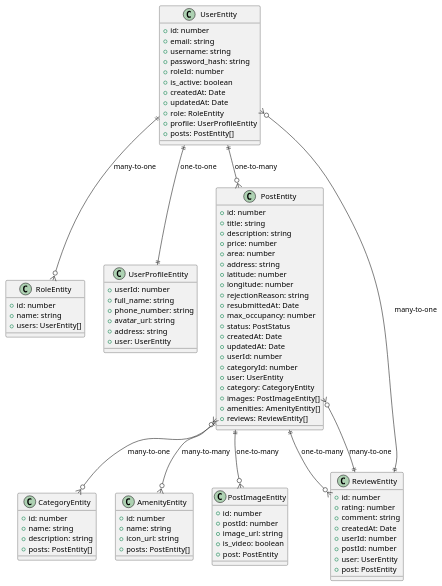
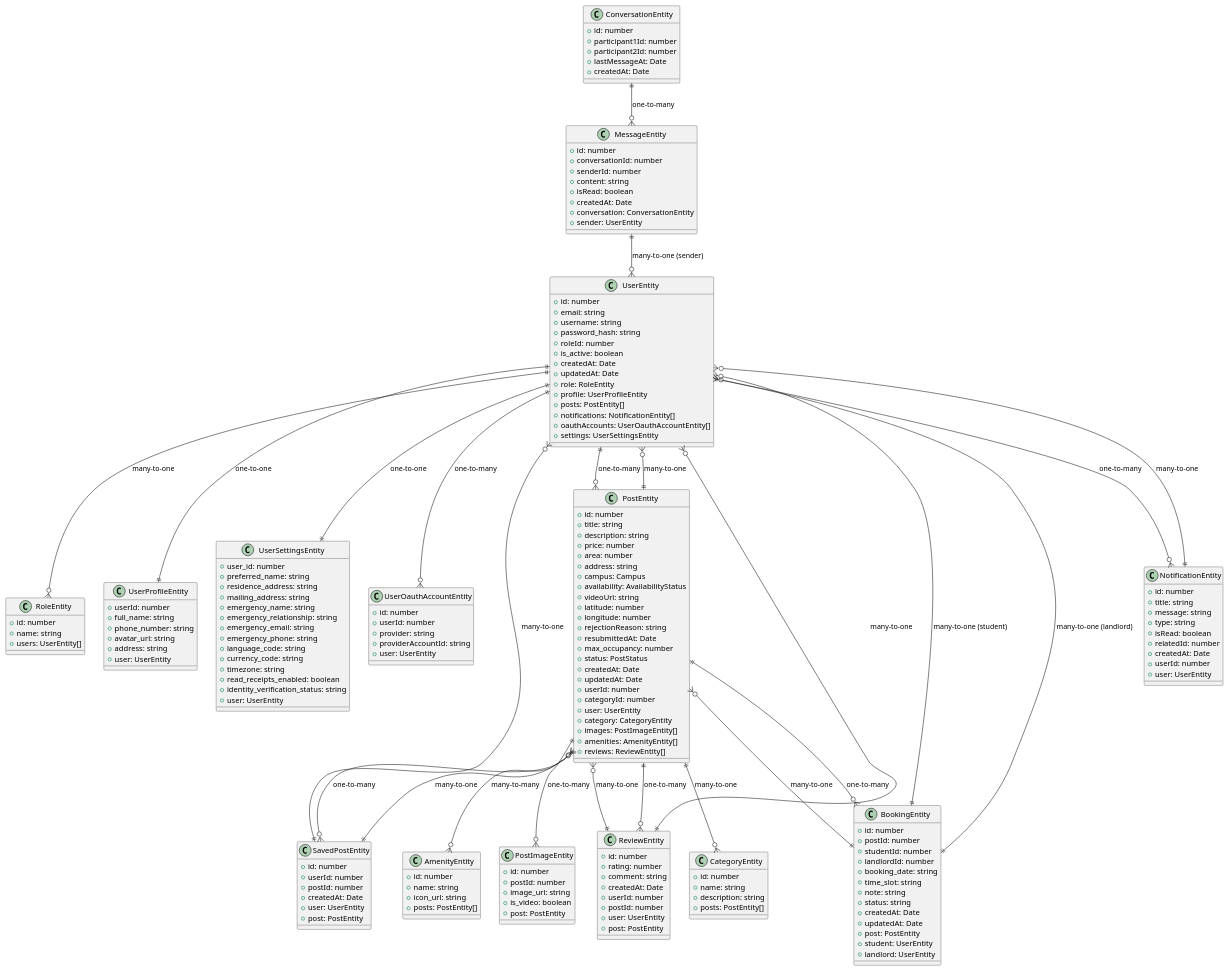
One commit to YueTruong/VLURentingProject changed the diagram in class-diagram.puml. Above: the diagram before and after it, drawn with PlantUML. The commit also changed other lines of this file and 17 other files, not shown here.

```diff
--- a/class-diagram.puml
+++ b/class-diagram.puml
@@ -1,4 +1,6 @@
-@startuml Class Diagram
+@startuml Class Diagram (All Entities)
+
+' ======================== USER & AUTH ENTITIES ========================
 
 class UserEntity {
   +id: number
@@ -12,6 +14,9 @@
   +role: RoleEntity
   +profile: UserProfileEntity
   +posts: PostEntity[]
+  +notifications: NotificationEntity[]
+  +oauthAccounts: UserOauthAccountEntity[]
+  +settings: UserSettingsEntity
 }
 
 class RoleEntity {
@@ -29,6 +34,33 @@
   +user: UserEntity
 }
 
+class UserSettingsEntity {
+  +user_id: number
+  +preferred_name: string
+  +residence_address: string
+  +mailing_address: string
+  +emergency_name: string
+  +emergency_relationship: string
+  +emergency_email: string
+  +emergency_phone: string
+  +language_code: string
+  +currency_code: string
+  +timezone: string
+  +read_receipts_enabled: boolean
+  +identity_verification_status: string
+  +user: UserEntity
+}
+
+class UserOauthAccountEntity {
+  +id: number
+  +userId: number
+  +provider: string
+  +providerAccountId: string
+  +user: UserEntity
+}
+
+' ======================== POST ENTITIES ========================
+
 class PostEntity {
   +id: number
   +title: string
@@ -36,6 +68,9 @@
   +price: number
   +area: number
   +address: string
+  +campus: Campus
+  +availability: AvailabilityStatus
+  +videoUrl: string
   +latitude: number
   +longitude: number
   +rejectionReason: string
@@ -86,14 +121,105 @@
   +post: PostEntity
 }
 
+class SavedPostEntity {
+  +id: number
+  +userId: number
+  +postId: number
+  +createdAt: Date
+  +user: UserEntity
+  +post: PostEntity
+}
+
+' ======================== BOOKING ENTITIES ========================
+
+class BookingEntity {
+  +id: number
+  +postId: number
+  +studentId: number
+  +landlordId: number
+  +booking_date: string
+  +time_slot: string
+  +note: string
+  +status: string
+  +createdAt: Date
+  +updatedAt: Date
+  +post: PostEntity
+  +student: UserEntity
+  +landlord: UserEntity
+}
+
+' ======================== NOTIFICATION ENTITIES ========================
+
+class NotificationEntity {
+  +id: number
+  +title: string
+  +message: string
+  +type: string
+  +isRead: boolean
+  +relatedId: number
+  +createdAt: Date
+  +userId: number
+  +user: UserEntity
+}
+
+' ======================== CHAT ENTITIES ========================
+
+class ConversationEntity {
+  +id: number
+  +participant1Id: number
+  +participant2Id: number
+  +lastMessageAt: Date
+  +createdAt: Date
+}
+
+class MessageEntity {
+  +id: number
+  +conversationId: number
+  +senderId: number
+  +content: string
+  +isRead: boolean
+  +createdAt: Date
+  +conversation: ConversationEntity
+  +sender: UserEntity
+}
+
+' ======================== RELATIONSHIPS ========================
+
+' User relationships
 UserEntity ||--o{ RoleEntity : "many-to-one"
 UserEntity ||--|| UserProfileEntity : "one-to-one"
 UserEntity ||--o{ PostEntity : "one-to-many"
+UserEntity ||--o{ NotificationEntity : "one-to-many"
+UserEntity ||--|| UserSettingsEntity : "one-to-one"
+UserEntity ||--o{ UserOauthAccountEntity : "one-to-many"
+
+' Post relationships
 PostEntity ||--o{ CategoryEntity : "many-to-one"
+PostEntity ||--o{ UserEntity : "many-to-one"
 PostEntity ||--o{ PostImageEntity : "one-to-many"
+PostEntity }o--o{ AmenityEntity : "many-to-many"
 PostEntity ||--o{ ReviewEntity : "one-to-many"
-PostEntity }o--o{ AmenityEntity : "many-to-many"
+PostEntity ||--o{ SavedPostEntity : "one-to-many"
+PostEntity ||--o{ BookingEntity : "one-to-many"
+
+' Review relationships
 ReviewEntity ||--o{ UserEntity : "many-to-one"
 ReviewEntity ||--o{ PostEntity : "many-to-one"
 
+' Booking relationships
+BookingEntity ||--o{ PostEntity : "many-to-one"
+BookingEntity ||--o{ UserEntity : "many-to-one (student)"
+BookingEntity ||--o{ UserEntity : "many-to-one (landlord)"
+
+' Saved post relationships
+SavedPostEntity ||--o{ UserEntity : "many-to-one"
+SavedPostEntity ||--o{ PostEntity : "many-to-one"
+
+' Notification relationships
+NotificationEntity ||--o{ UserEntity : "many-to-one"
+
+' Chat relationships
+ConversationEntity ||--o{ MessageEntity : "one-to-many"
+MessageEntity ||--o{ UserEntity : "many-to-one (sender)"
+
 @enduml
```
